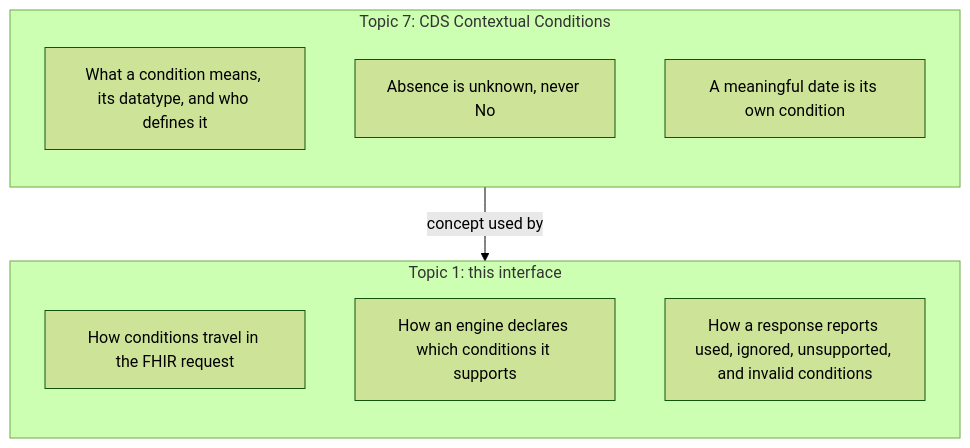
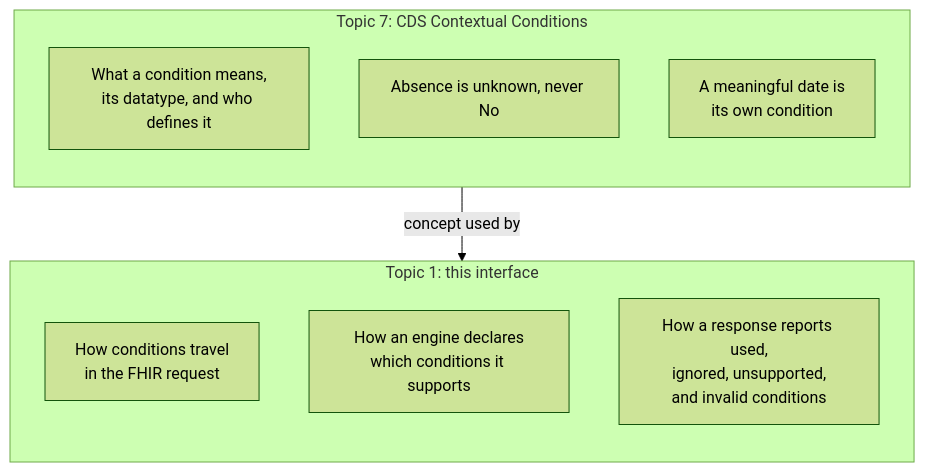
One commit to immregistries/immunization-cds changed the second of 4 diagrams in CoreDocument.md. Above: the diagram before and after it, drawn with Mermaid (forest theme). The commit also changed other lines of this file and 7 other files, not shown here.

````diff
--- a/CoreDocument.md
+++ b/CoreDocument.md
@@ -244,16 +247,16 @@
 ```mermaid
 flowchart TB
   subgraph T7["Topic 7: CDS Contextual Conditions"]
     direction TB
-    A["What a condition means, its datatype, and who defines it"]
+    A["What a condition means,<br/>its datatype, and who defines it"]
     B["Absence is unknown, never No"]
-    C["A meaningful date is its own condition"]
+    C["A meaningful date is<br/>its own condition"]
   end
   subgraph T1["Topic 1: this interface"]
     direction TB
-    D["How conditions travel in the FHIR request"]
-    E["How an engine declares which conditions it supports"]
-    F["How a response reports used, ignored, unsupported, and invalid conditions"]
+    D["How conditions travel<br/>in the FHIR request"]
+    E["How an engine declares<br/>which conditions it supports"]
+    F["How a response reports used,<br/>ignored, unsupported,<br/>and invalid conditions"]
   end
   T7 -->|"concept used by"| T1
 ```
````
